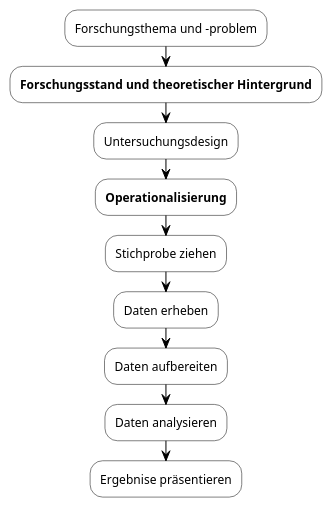
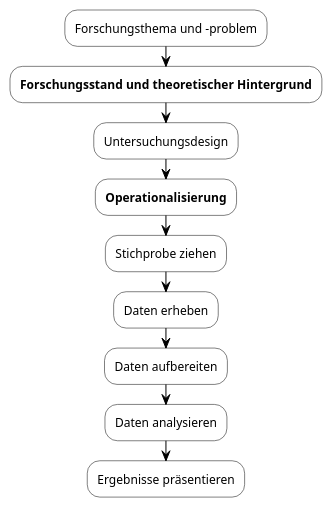
One commit to blekdushi/psy changed the diagram in assets/puml/quantitative_studie.puml. Above: the diagram before and after it, drawn with PlantUML. The commit also changed 1 other file, not shown here.

```diff
--- a/assets/puml/quantitative_studie.puml
+++ b/assets/puml/quantitative_studie.puml
@@ -1,14 +1,14 @@
 @startuml
 skinparam activitybackgroundcolor white
 skinparam activitybordercolor black
 skinparam arrowcolor black
 :Forschungsthema und -problem;
 :**Forschungsstand und theoretischer Hintergrund**;
 :Untersuchungsdesign;
 :**Operationalisierung**;
 :Stichprobe ziehen;
 :Daten erheben;
 :Daten aufbereiten;
 :Daten analysieren;
-:Ergebnise präsentieren;
+:Ergebnisse präsentieren;
 @enduml
```
